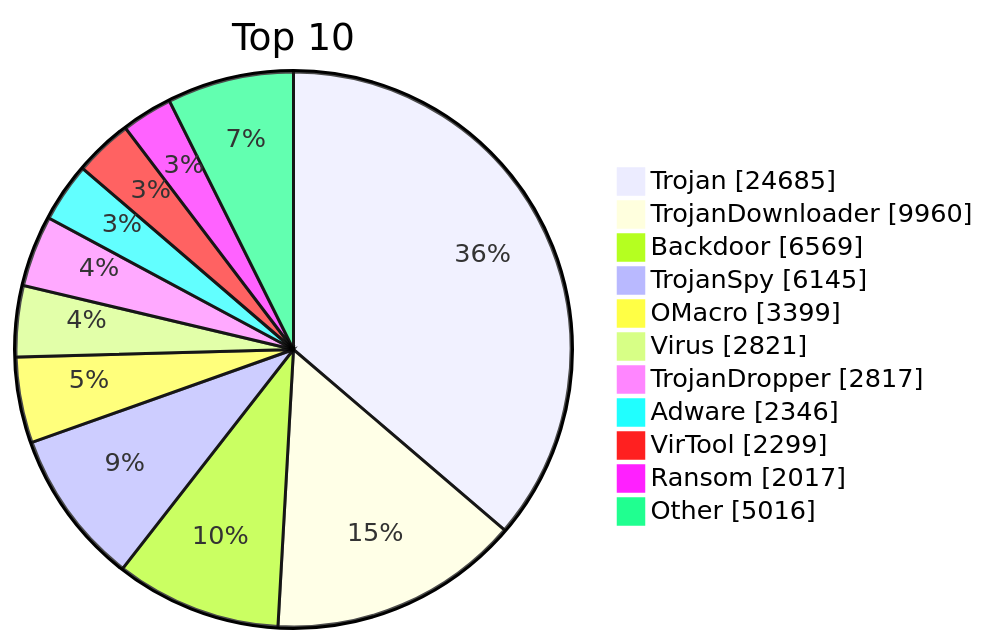
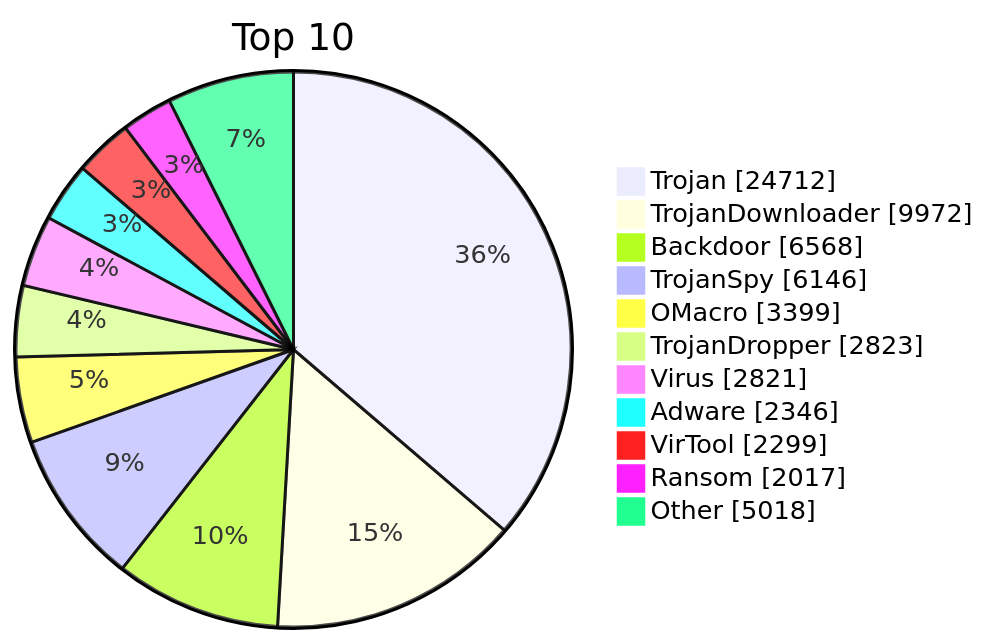
The diagram in README.md (JerryLinLinLin/huorong-virdb-changelog), drawn with Mermaid before and after one commit. The commit also changed other lines of this file and 15 other files, not shown here.

````diff
--- a/README.md
+++ b/README.md
@@ -19,15 +19,15 @@
 ```mermaid
 pie showData
     title Top 10
-    "Trojan" : 24685
-    "TrojanDownloader" : 9960
-    "Backdoor" : 6569
-    "TrojanSpy" : 6145
+    "Trojan" : 24712
+    "TrojanDownloader" : 9972
+    "Backdoor" : 6568
+    "TrojanSpy" : 6146
     "OMacro" : 3399
+    "TrojanDropper" : 2823
     "Virus" : 2821
-    "TrojanDropper" : 2817
     "Adware" : 2346
     "VirTool" : 2299
     "Ransom" : 2017
-    "Other" : 5016
+    "Other" : 5018
 ```
````
